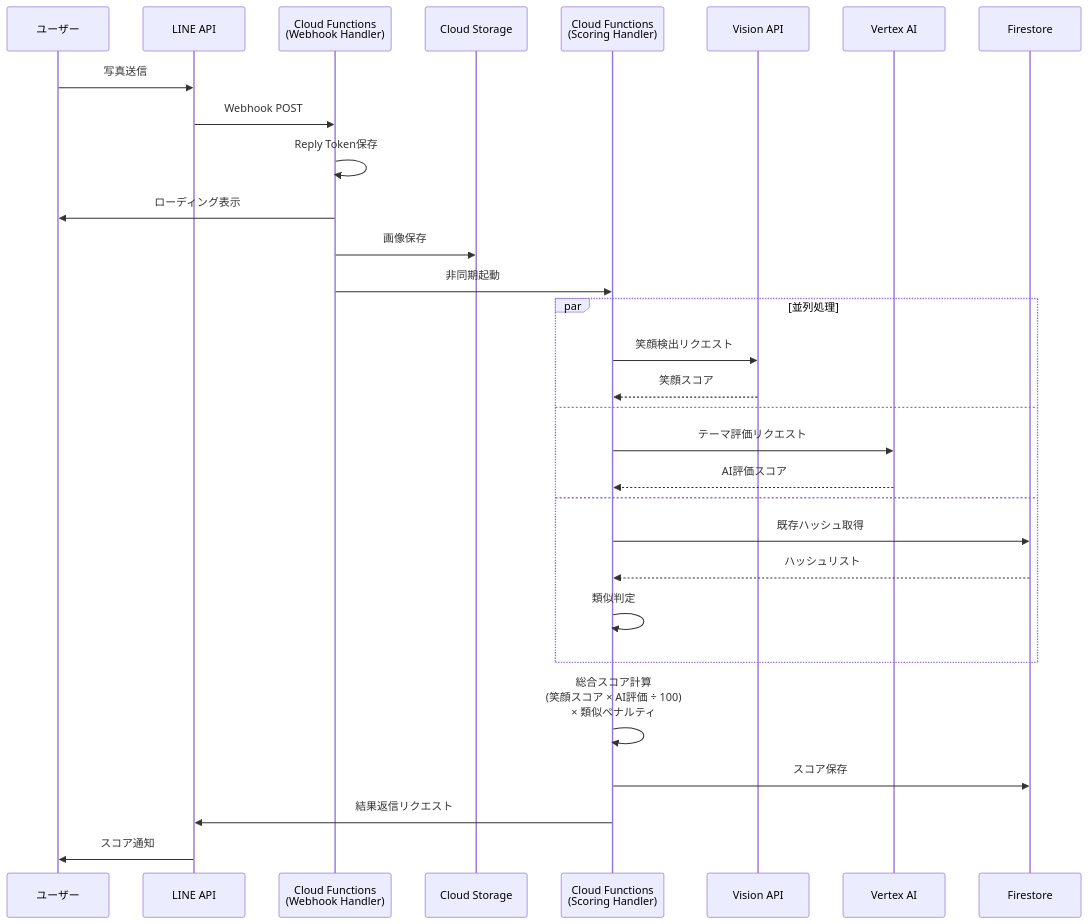
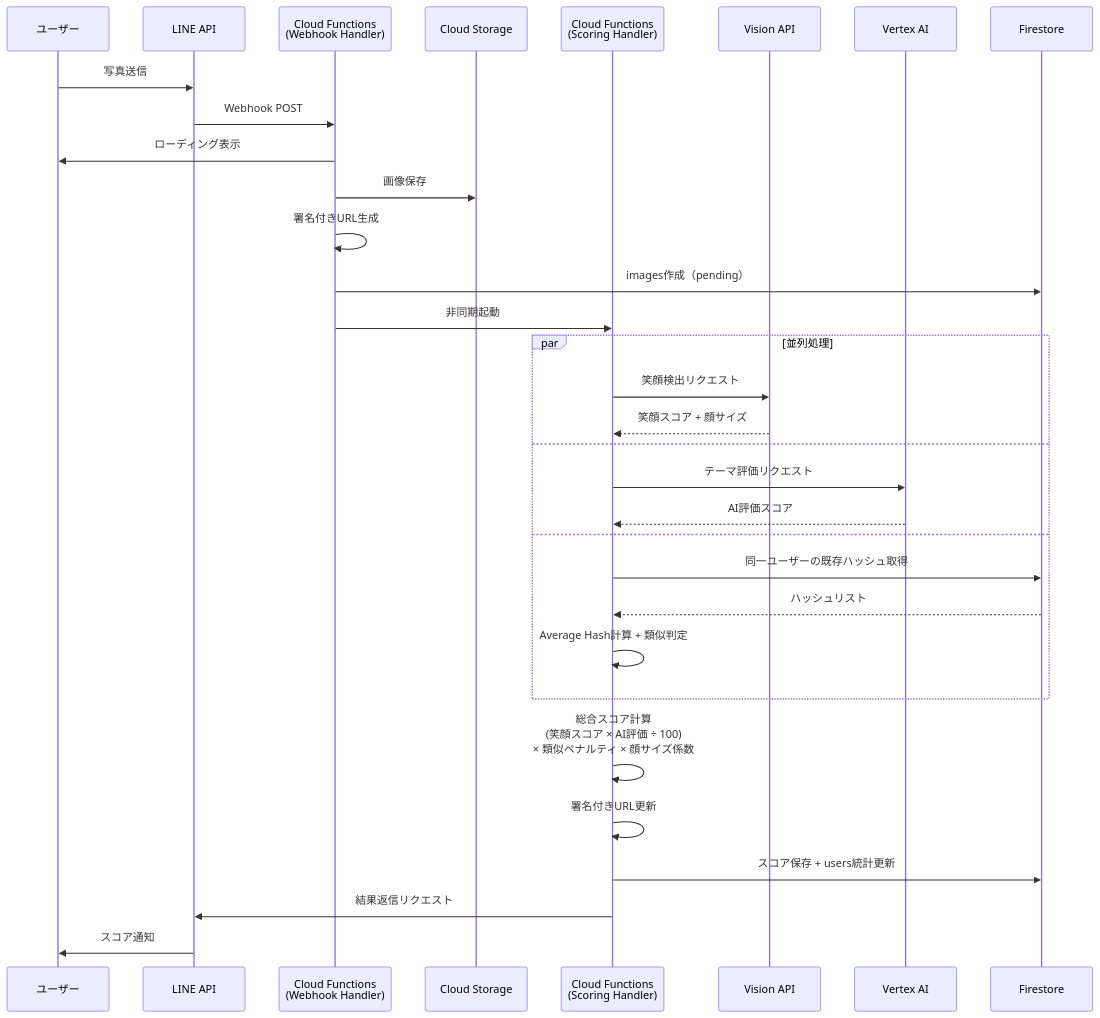
Before and after one commit to nakayamaryo0731/wedding_smile_catcher: the second of 3 diagrams in docs/architecture/overview.md, drawn with Mermaid. The commit also changed other lines of this file and 18 other files, not shown here.

````diff
--- a/docs/architecture/overview.md
+++ b/docs/architecture/overview.md
@@ -203,35 +222,37 @@
 ```mermaid
 sequenceDiagram
     participant User as ユーザー
     participant LINE as LINE API
     participant Webhook as Cloud Functions<br/>(Webhook Handler)
     participant Storage as Cloud Storage
     participant Scoring as Cloud Functions<br/>(Scoring Handler)
     participant Vision as Vision API
     participant Vertex as Vertex AI
     participant DB as Firestore
 
     User->>LINE: 写真送信
     LINE->>Webhook: Webhook POST
-    Webhook->>Webhook: Reply Token保存
     Webhook->>User: ローディング表示
     Webhook->>Storage: 画像保存
+    Webhook->>Webhook: 署名付きURL生成
+    Webhook->>DB: images作成（pending）
     Webhook->>Scoring: 非同期起動
 
     par 並列処理
         Scoring->>Vision: 笑顔検出リクエスト
-        Vision-->>Scoring: 笑顔スコア
+        Vision-->>Scoring: 笑顔スコア + 顔サイズ
     and
         Scoring->>Vertex: テーマ評価リクエスト
         Vertex-->>Scoring: AI評価スコア
     and
-        Scoring->>DB: 既存ハッシュ取得
+        Scoring->>DB: 同一ユーザーの既存ハッシュ取得
         DB-->>Scoring: ハッシュリスト
-        Scoring->>Scoring: 類似判定
+        Scoring->>Scoring: Average Hash計算 + 類似判定
     end
 
-    Scoring->>Scoring: 総合スコア計算<br/>(笑顔スコア × AI評価 ÷ 100)<br/>× 類似ペナルティ
-    Scoring->>DB: スコア保存
+    Scoring->>Scoring: 総合スコア計算<br/>(笑顔スコア × AI評価 ÷ 100)<br/>× 類似ペナルティ × 顔サイズ係数
+    Scoring->>Scoring: 署名付きURL更新
+    Scoring->>DB: スコア保存 + users統計更新
     Scoring->>LINE: 結果返信リクエスト
     LINE->>User: スコア通知
 ```
````
